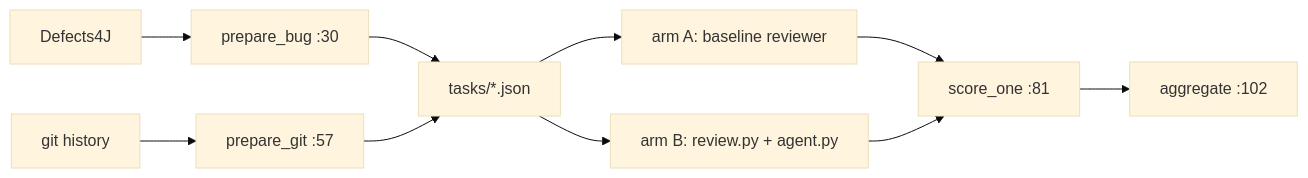
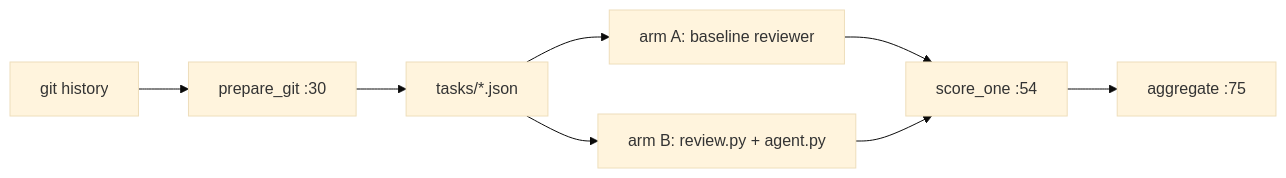
One commit to liem18112000/graph-code-review-agent changed the fourth of 4 diagrams in docs/call-flow.md. Above: the diagram before and after it, drawn with Mermaid (base theme). The commit also changed other lines of this file and 19 other files, not shown here.

````diff
--- a/docs/call-flow.md
+++ b/docs/call-flow.md
@@ -409,12 +451,10 @@
 ```mermaid
 flowchart LR
-    D4["Defects4J"] --> P["prepare_bug :30"]
-    GH["git history"] --> PG["prepare_git :57"]
-    P --> T["tasks/*.json"]
-    PG --> T
+    GH["git history"] --> PG["prepare_git :30"]
+    PG --> T["tasks/*.json"]
     T --> A1["arm A: baseline reviewer"]
     T --> A2["arm B: review.py + agent.py"]
-    A1 --> SC["score_one :81"]
+    A1 --> SC["score_one :54"]
     A2 --> SC
-    SC --> AGG["aggregate :102"]
+    SC --> AGG["aggregate :75"]
 ```
````
